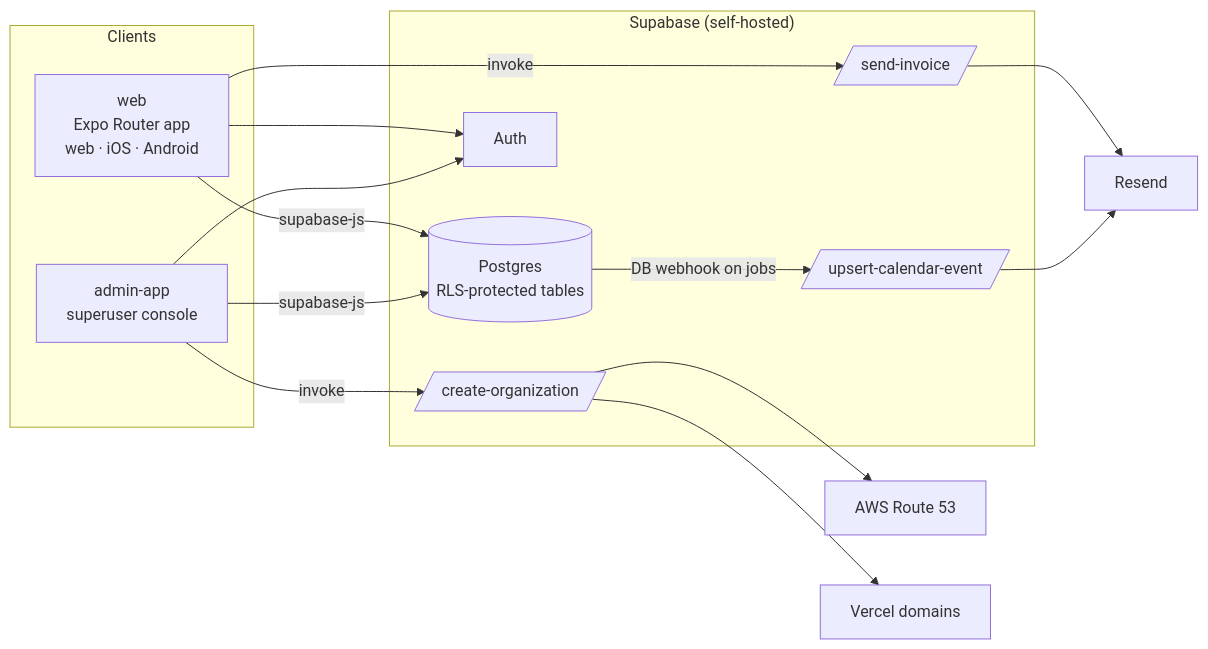
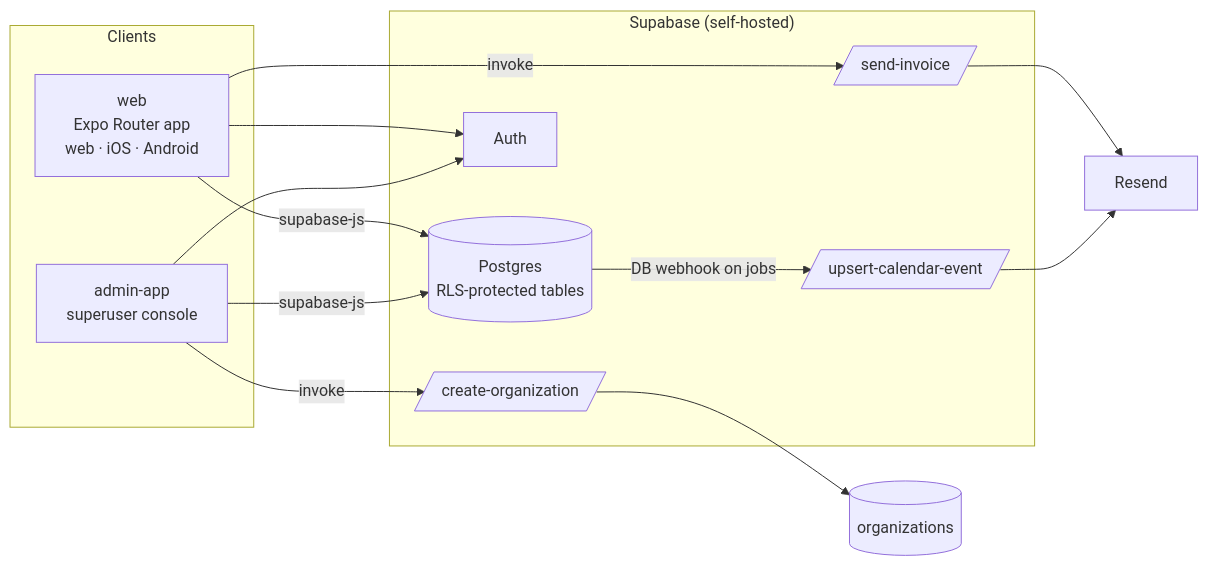
Before and after one commit to HandyTally-Org/HandyTally: the diagram in README.md, drawn with Mermaid. The commit also changed other lines of this file and 15 other files, not shown here.

First line of the commit message:
HT-31: Remove the Vercel and Route 53 provisioning

````diff
--- a/README.md
+++ b/README.md
@@ -44,28 +44,27 @@
 ```mermaid
 flowchart LR
   subgraph Clients
     W[web<br/>Expo Router app<br/>web · iOS · Android]
     A[admin-app<br/>superuser console]
   end
 
   subgraph Supabase["Supabase (self-hosted)"]
     PG[(Postgres<br/>RLS-protected tables)]
     AUTH[Auth]
     F1[/send-invoice/]
     F2[/upsert-calendar-event/]
     F3[/create-organization/]
   end
 
   W -->|supabase-js| PG
   W --> AUTH
   A -->|supabase-js| PG
   A --> AUTH
   W -->|invoke| F1
   A -->|invoke| F3
   PG -->|DB webhook on jobs| F2
 
   F1 --> RESEND[Resend]
   F2 --> RESEND
-  F3 --> R53[AWS Route 53]
-  F3 --> VERCEL[Vercel domains]
+  F3 --> ORG[(organizations)]
 ```
````
